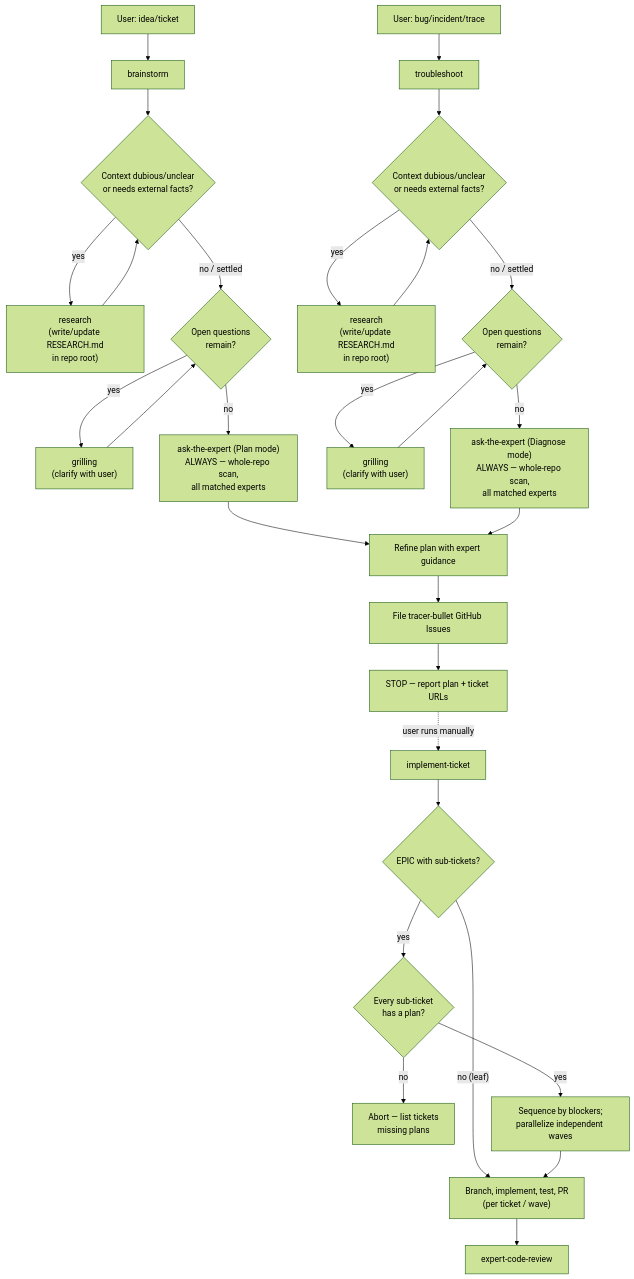
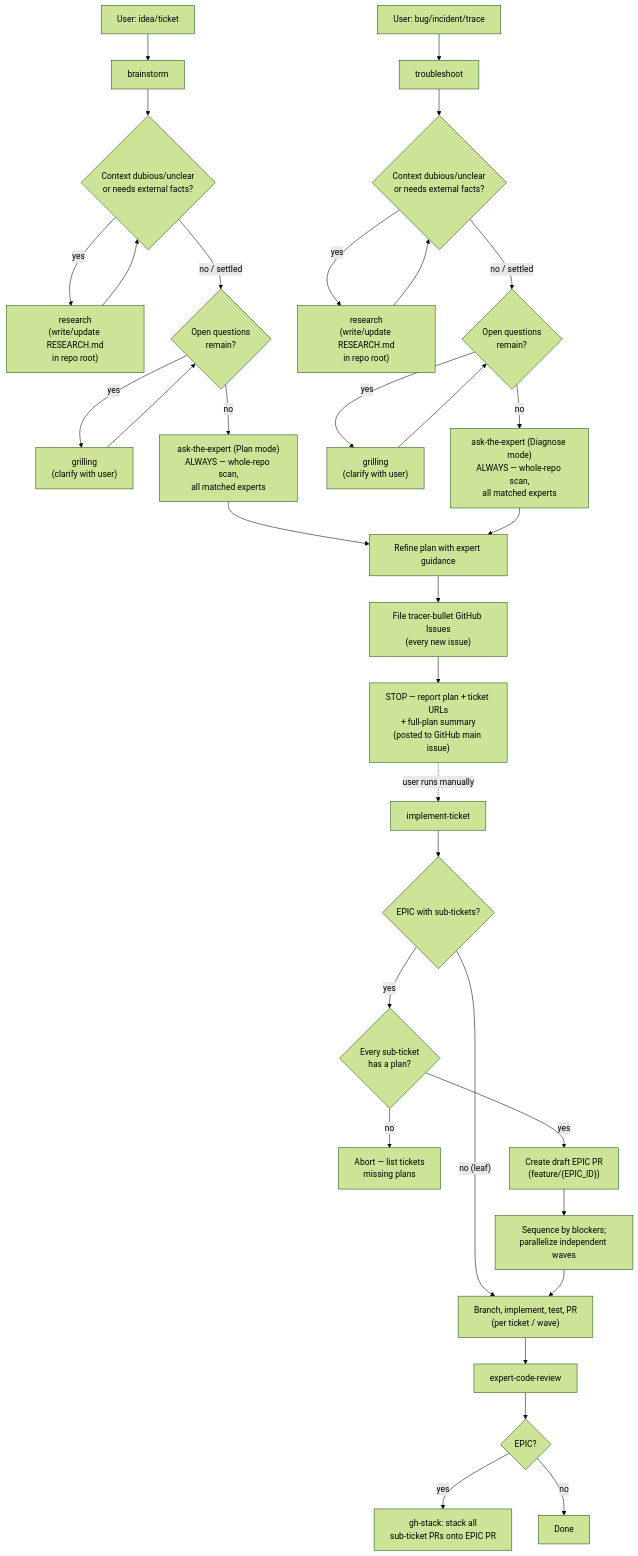
Before and after one commit to appelgriebsch/dotFiles: the diagram in ai/README.md, drawn with Mermaid (forest theme). The commit also changed other lines of this file and 3 other files, not shown here.

````diff
--- a/ai/README.md
+++ b/ai/README.md
@@ -67,36 +67,40 @@
 ```mermaid
 flowchart TD
     A["User: idea/ticket"] --> B["brainstorm"]
     A2["User: bug/incident/trace"] --> C["troubleshoot"]
 
     B --> R1{"Context dubious/unclear\nor needs external facts?"}
     R1 -- "yes" --> S1["research\n(write/update RESEARCH.md\nin repo root)"]
     S1 --> R1
     R1 -- "no / settled" --> T1{"Open questions\nremain?"}
     T1 -- "yes" --> U1["grilling\n(clarify with user)"]
     U1 --> T1
     T1 -- "no" --> D["ask-the-expert (Plan mode)\nALWAYS — whole-repo scan,\nall matched experts"]
 
     C --> R2{"Context dubious/unclear\nor needs external facts?"}
     R2 -- "yes" --> S2["research\n(write/update RESEARCH.md\nin repo root)"]
     S2 --> R2
     R2 -- "no / settled" --> T2{"Open questions\nremain?"}
     T2 -- "yes" --> U2["grilling\n(clarify with user)"]
     U2 --> T2
     T2 -- "no" --> E["ask-the-expert (Diagnose mode)\nALWAYS — whole-repo scan,\nall matched experts"]
 
     D --> F["Refine plan with expert guidance"]
     E --> F
 
-    F --> G["File tracer-bullet GitHub Issues"]
-    G --> H["STOP — report plan + ticket URLs"]
+    F --> G["File tracer-bullet GitHub Issues\n(every new issue)"]
+    G --> H["STOP — report plan + ticket URLs\n+ full-plan summary\n(posted to GitHub main issue)"]
 
     H -. "user runs manually" .-> I["implement-ticket"]
     I --> I0{"EPIC with sub-tickets?"}
     I0 -- "yes" --> I1{"Every sub-ticket\nhas a plan?"}
     I1 -- "no" --> IAbort["Abort — list tickets\nmissing plans"]
-    I1 -- "yes" --> I2["Sequence by blockers;\nparallelize independent waves"]
+    I1 -- "yes" --> IEpic["Create draft EPIC PR\n(feature/{EPIC_ID})"]
+    IEpic --> I2["Sequence by blockers;\nparallelize independent waves"]
     I0 -- "no (leaf)" --> J
     I2 --> J["Branch, implement, test, PR\n(per ticket / wave)"]
     J --> K["expert-code-review"]
+    K --> L{"EPIC?"}
+    L -- "yes" --> M["gh-stack: stack all\nsub-ticket PRs onto EPIC PR"]
+    L -- "no" --> N["Done"]
 ```
````
